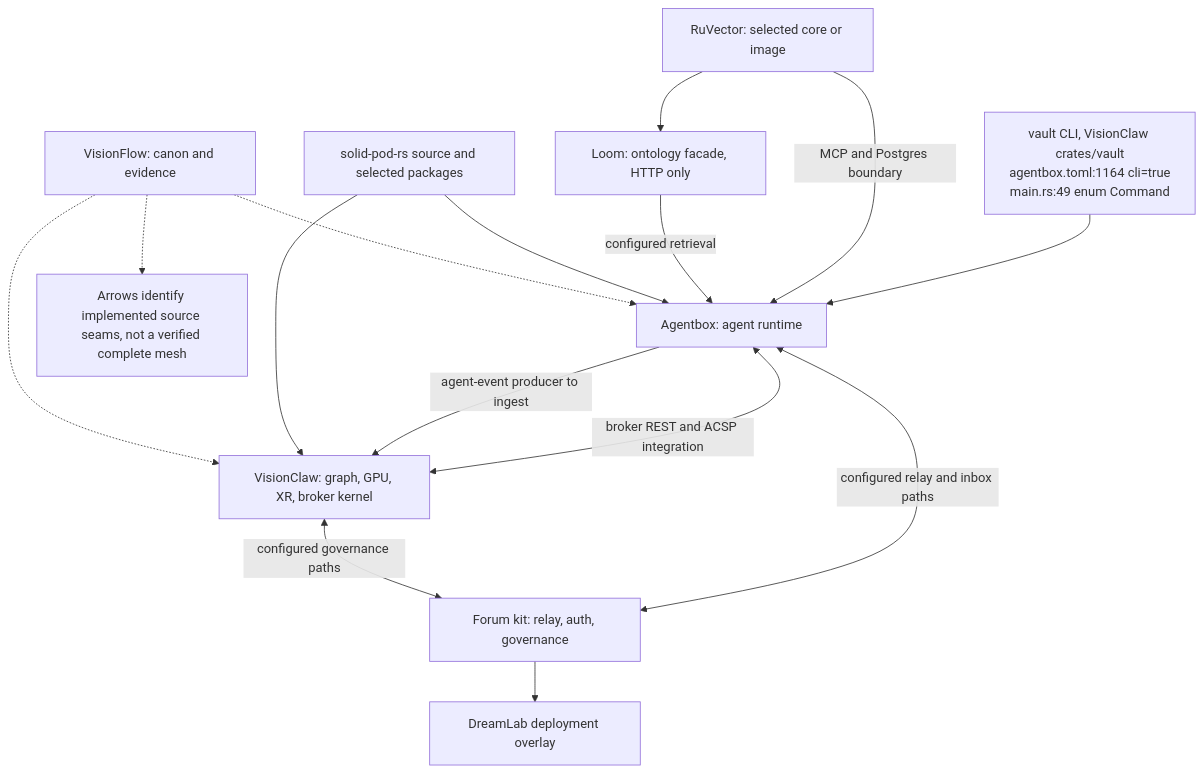
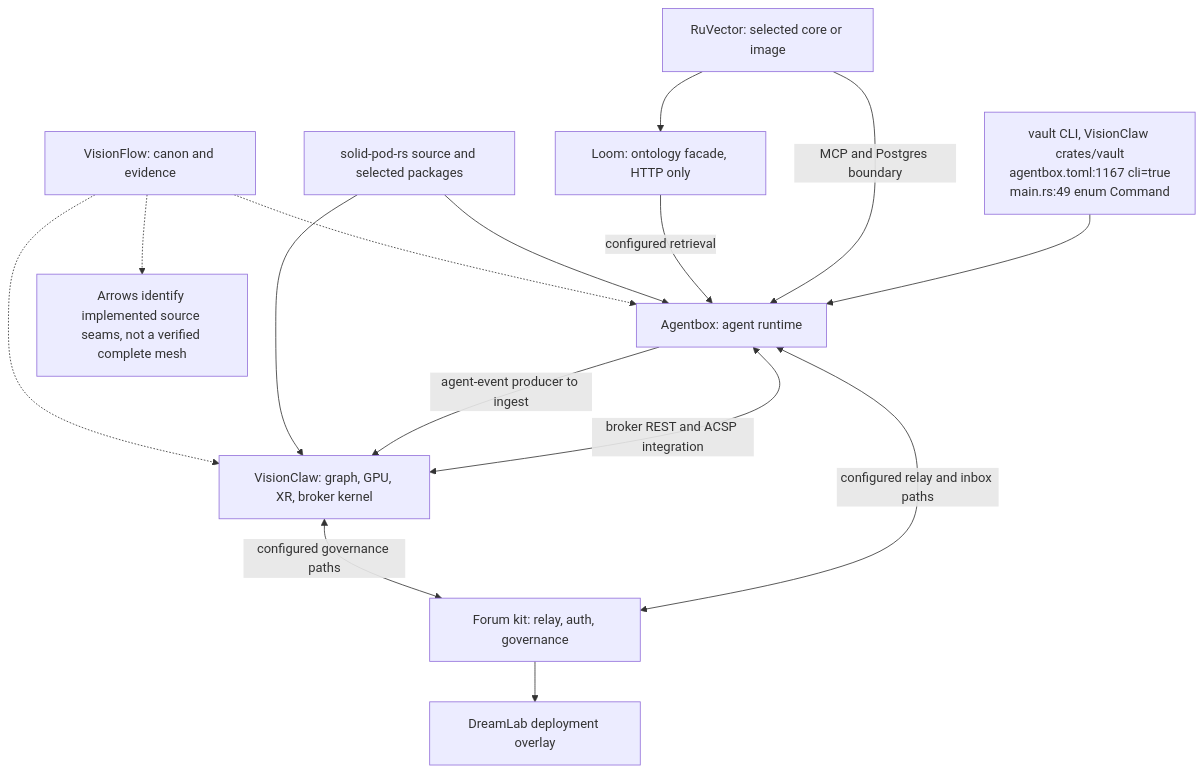
The first of 7 diagrams in docs/diagrams/visionflow/08-compatibility-and-dependency-direction.md (DreamLab-AI/VisionFlow), drawn with Mermaid before and after one commit. The commit also changed other lines of this file and 142 other files, not shown here.

First line of the commit message:
docs(diagrams): one System One route; re-verify 140 topics at today's heads

````diff
--- a/docs/diagrams/visionflow/08-compatibility-and-dependency-direction.md
+++ b/docs/diagrams/visionflow/08-compatibility-and-dependency-direction.md
@@ -38,18 +38,18 @@
 ```mermaid
 flowchart TB
     VF["VisionFlow: canon and evidence"] -.-> VC["VisionClaw: graph, GPU, XR, broker kernel"]
     VF -.-> AB["Agentbox: agent runtime"]
     SPR["solid-pod-rs source and selected packages"] --> VC
     SPR --> AB
     NRF["Forum kit: relay, auth, governance"] --> DLW["DreamLab deployment overlay"]
     AB -->|agent-event producer to ingest| VC
     AB <-->|broker REST and ACSP integration| VC
     VC <-->|configured governance paths| NRF
     AB <-->|configured relay and inbox paths| NRF
     LOOM["Loom: ontology facade, HTTP only"] -->|configured retrieval| AB
     RV["RuVector: selected core or image"] --> LOOM
     RV -->|MCP and Postgres boundary| AB
-    VAULT["vault CLI, VisionClaw crates/vault<br/>agentbox.toml:1164 cli=true<br/>main.rs:49 enum Command"] --> AB
+    VAULT["vault CLI, VisionClaw crates/vault<br/>agentbox.toml:1167 cli=true<br/>main.rs:49 enum Command"] --> AB
     SCOPE["Arrows identify implemented source seams, not a verified complete mesh"]
     VF -.-> SCOPE
 ```
````
